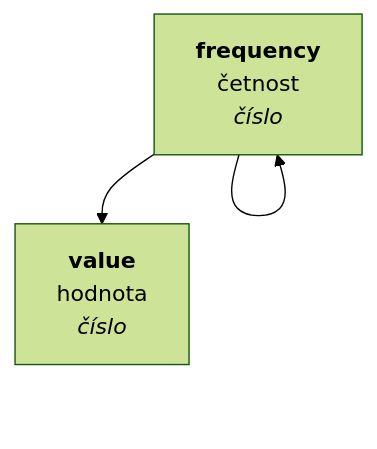
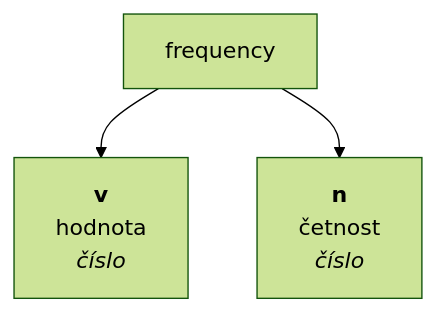
Diagram 15 of 23 in docs/cs-CZ/vector.md (muzikp/retusa), drawn with Mermaid (forest theme) before and after one commit. The commit also changed other lines of this file and 7 other files, not shown here.

````diff
--- a/docs/cs-CZ/vector.md
+++ b/docs/cs-CZ/vector.md
@@ -440,6 +440,6 @@
 ```mermaid
 graph TD
-frequency --> value[<b>value</b><br>hodnota <br><i>číslo</i>]
-frequency --> frequency[<b>frequency</b><br>četnost <br><i>číslo</i>]
+frequency --> v[<b>v</b><br>hodnota <br><i>číslo</i>]
+frequency --> n[<b>n</b><br>četnost <br><i>číslo</i>]
 
 ```
````
